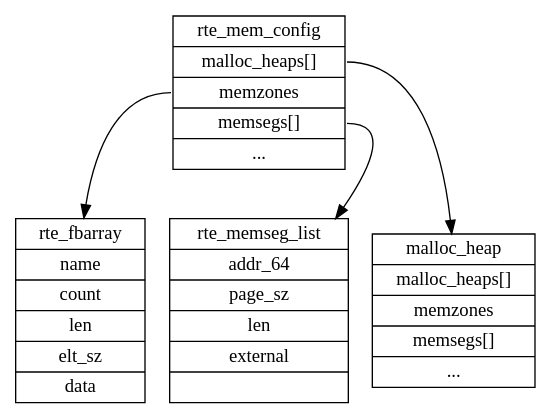
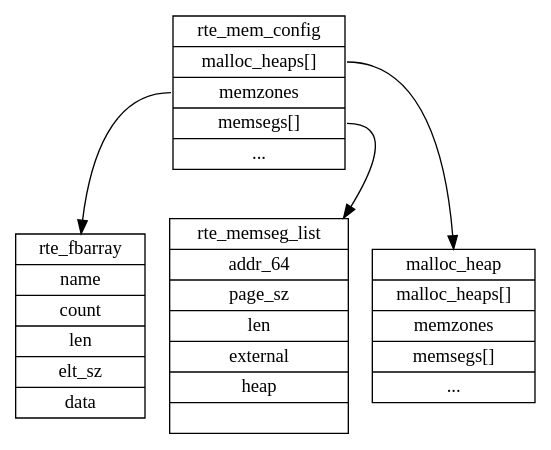
One commit to sisyphus1212/note changed the diagram in dpdk/内存管理.md. Above: the diagram before and after it, drawn with Graphviz.

Commit message:
auto_update

````diff
--- a/dpdk/内存管理.md
+++ b/dpdk/内存管理.md
@@ -16,49 +16,50 @@
 ```graphviz
 digraph {
 	rte_mem_config[
 		label = "{
 		<f0>rte_mem_config|
         <f1>malloc_heaps[]|
 		<f2>memzones|
 		<f3>memsegs[]|
 		<f4>...
 		}",
 		shape = "record"
 	];
 	rte_fbarray[
 		label = "{
 		rte_fbarray|
         name|
 		count|
 		len|
 		elt_sz|
 		data
 		}",
 		shape = "record"
 	];
 	rte_memseg_list[
 		label = "{
 		<f0>rte_memseg_list|
 		<f1>addr_64|
 		<f2>page_sz|
 		<f3>len|
 		<f4>external|
-
+		<f5>heap |
+		<f6>
 		}",
 		shape = "record"
 	];
 	malloc_heap[
 		label = "{
 		malloc_heap|
         malloc_heaps[]|
 		memzones|
 		memsegs[]|
 		...
 		}",
 		shape = "record"
 	];
 	rte_mem_config:f1 -> malloc_heap
 	rte_mem_config:f2 -> rte_fbarray
 	rte_mem_config:f3 -> rte_memseg_list
 }
 ```
````
